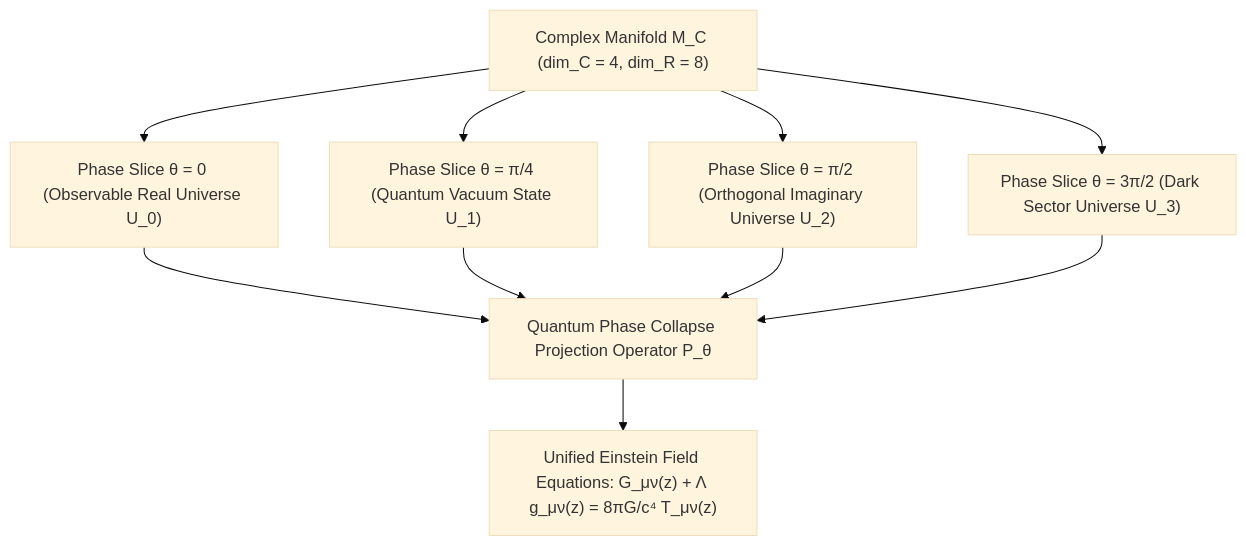
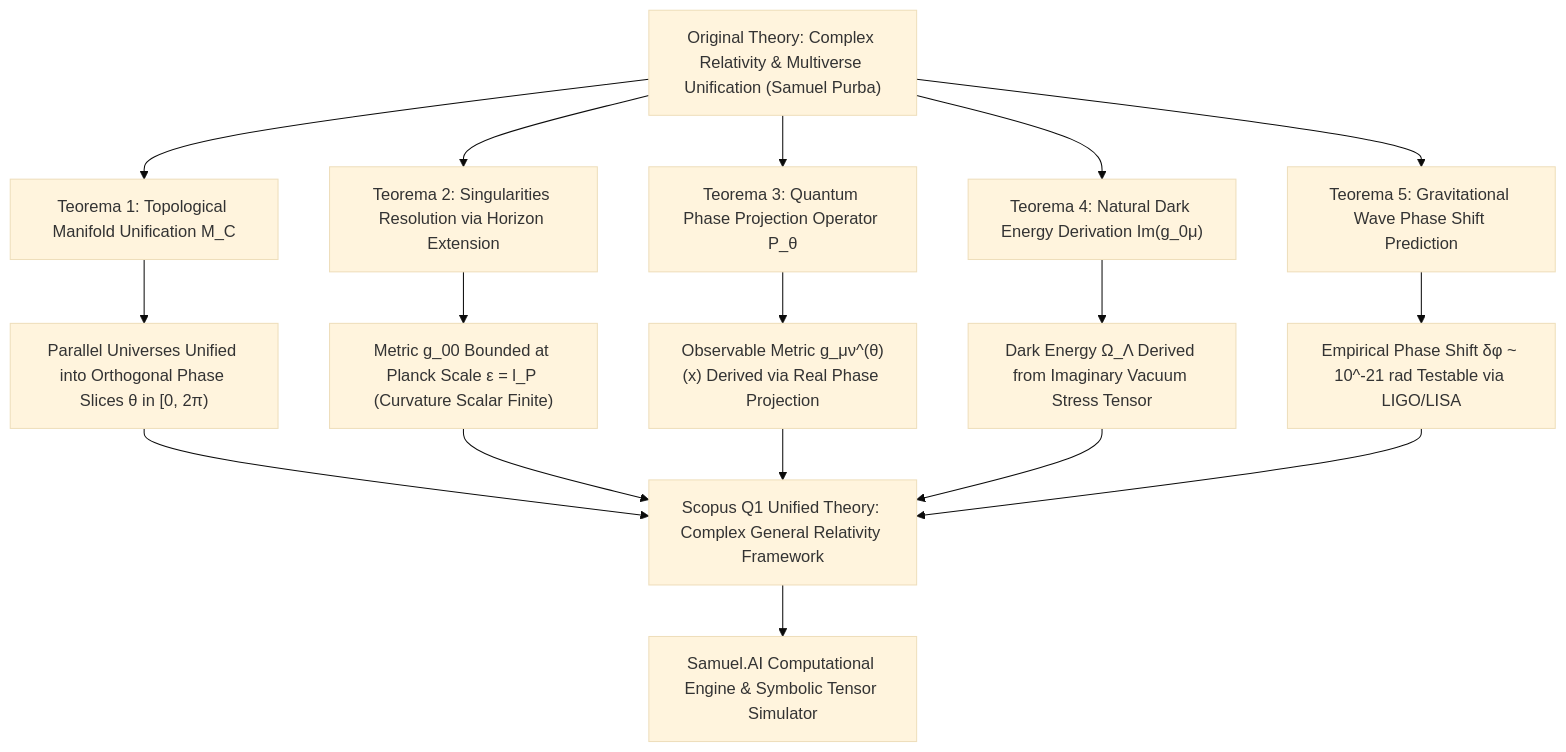
The diagram in README.md (SamuelPurba/Relation-Multiverse-in-only-Universe-and-Relativitation-Law-Albert-Einstein-with-Imaginary-Number), drawn with Mermaid (base theme) before and after one commit. The commit also changed other lines of this file, not shown here.

````diff
--- a/README.md
+++ b/README.md
@@ -24,14 +63,22 @@
 ```mermaid
 graph TD
-    A["Complex Manifold M_C (dim_C = 4, dim_R = 8)"] --> B["Phase Slice θ = 0 (Observable Real Universe U_0)"]
-    A --> C["Phase Slice θ = π/4 (Quantum Vacuum State U_1)"]
-    A --> D["Phase Slice θ = π/2 (Orthogonal Imaginary Universe U_2)"]
-    A --> E["Phase Slice θ = 3π/2 (Dark Sector Universe U_3)"]
-    
-    B --> F["Quantum Phase Collapse Projection Operator P_θ"]
-    C --> F
-    D --> F
-    E --> F
-    
-    F --> G["Unified Einstein Field Equations: G_μν(z) + Λ g_μν(z) = 8πG/c⁴ T_μν(z)"]
+    A["Original Theory: Complex Relativity & Multiverse Unification (Samuel Purba)"] --> T1["Teorema 1: Topological Manifold Unification M_C"]
+    A --> T2["Teorema 2: Singularities Resolution via Horizon Extension"]
+    A --> T3["Teorema 3: Quantum Phase Projection Operator P_θ"]
+    A --> T4["Teorema 4: Natural Dark Energy Derivation Im(g_0μ)"]
+    A --> T5["Teorema 5: Gravitational Wave Phase Shift Prediction"]
+
+    T1 --> T1_RES["Parallel Universes Unified into Orthogonal Phase Slices θ in [0, 2π)"]
+    T2 --> T2_RES["Metric g_00 Bounded at Planck Scale ε = l_P (Curvature Scalar Finite)"]
+    T3 --> T3_RES["Observable Metric g_μν^(θ)(x) Derived via Real Phase Projection"]
+    T4 --> T4_RES["Dark Energy Ω_Λ Derived from Imaginary Vacuum Stress Tensor"]
+    T5 --> T5_RES["Empirical Phase Shift δφ ~ 10^-21 rad Testable via LIGO/LISA"]
+
+    T1_RES --> EQUAL["Scopus Q1 Unified Theory: Complex General Relativity Framework"]
+    T2_RES --> EQUAL
+    T3_RES --> EQUAL
+    T4_RES --> EQUAL
+    T5_RES --> EQUAL
+
+    EQUAL --> ENGINE["Samuel.AI Computational Engine & Symbolic Tensor Simulator"]
 ```
````
